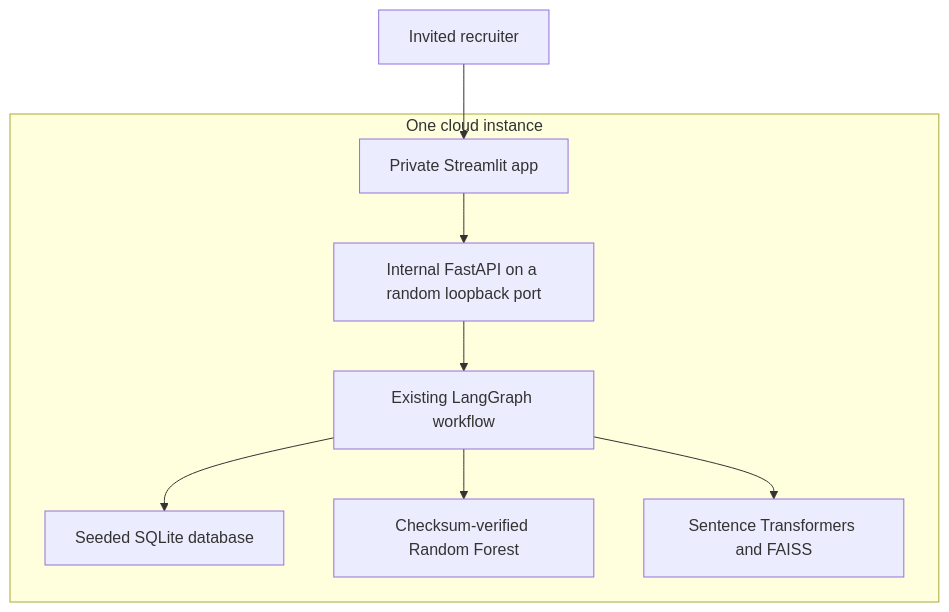
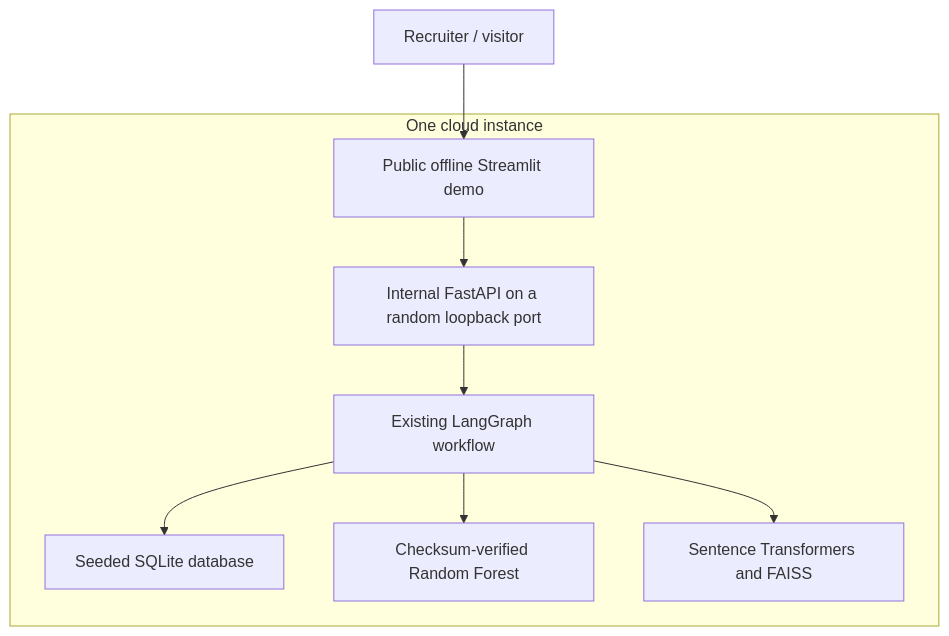
Before and after one commit to Amrafik/telecom-customer-intelligence-ai-assistant: the diagram in docs/STREAMLIT_CLOUD.md, drawn with Mermaid. The commit also changed other lines of this file and 4 other files, not shown here.

Commit message:
docs: align deployment wording with public offline demo

````diff
--- a/docs/STREAMLIT_CLOUD.md
+++ b/docs/STREAMLIT_CLOUD.md
@@ -9,11 +9,11 @@
 ```mermaid
 flowchart TD
-    Recruiter[Invited recruiter] --> UI[Private Streamlit app]
+    Recruiter[Recruiter / visitor] --> UI[Public offline Streamlit demo]
     subgraph One cloud instance
         UI --> API[Internal FastAPI on a random loopback port]
         API --> Graph[Existing LangGraph workflow]
         Graph --> SQL[Seeded SQLite database]
         Graph --> RF[Checksum-verified Random Forest]
         Graph --> RAG[Sentence Transformers and FAISS]
     end
 ```
````
